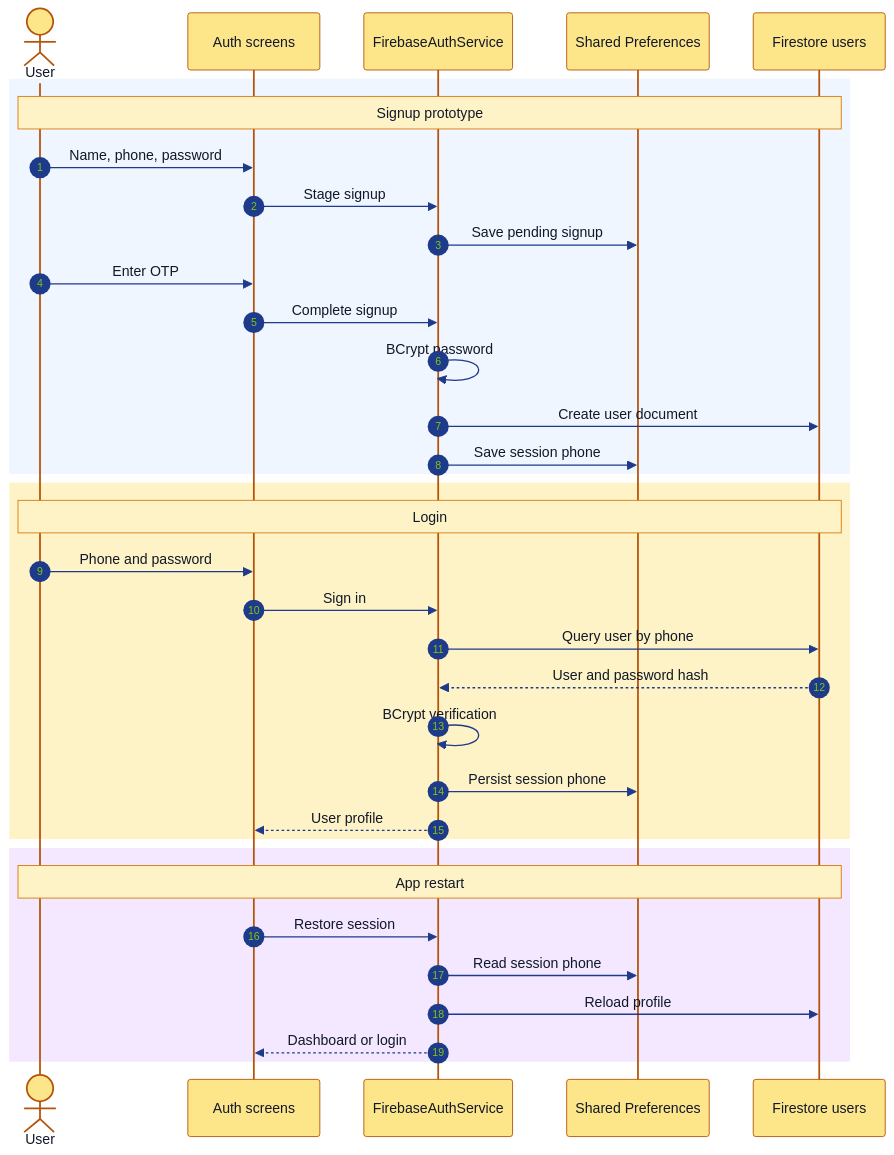
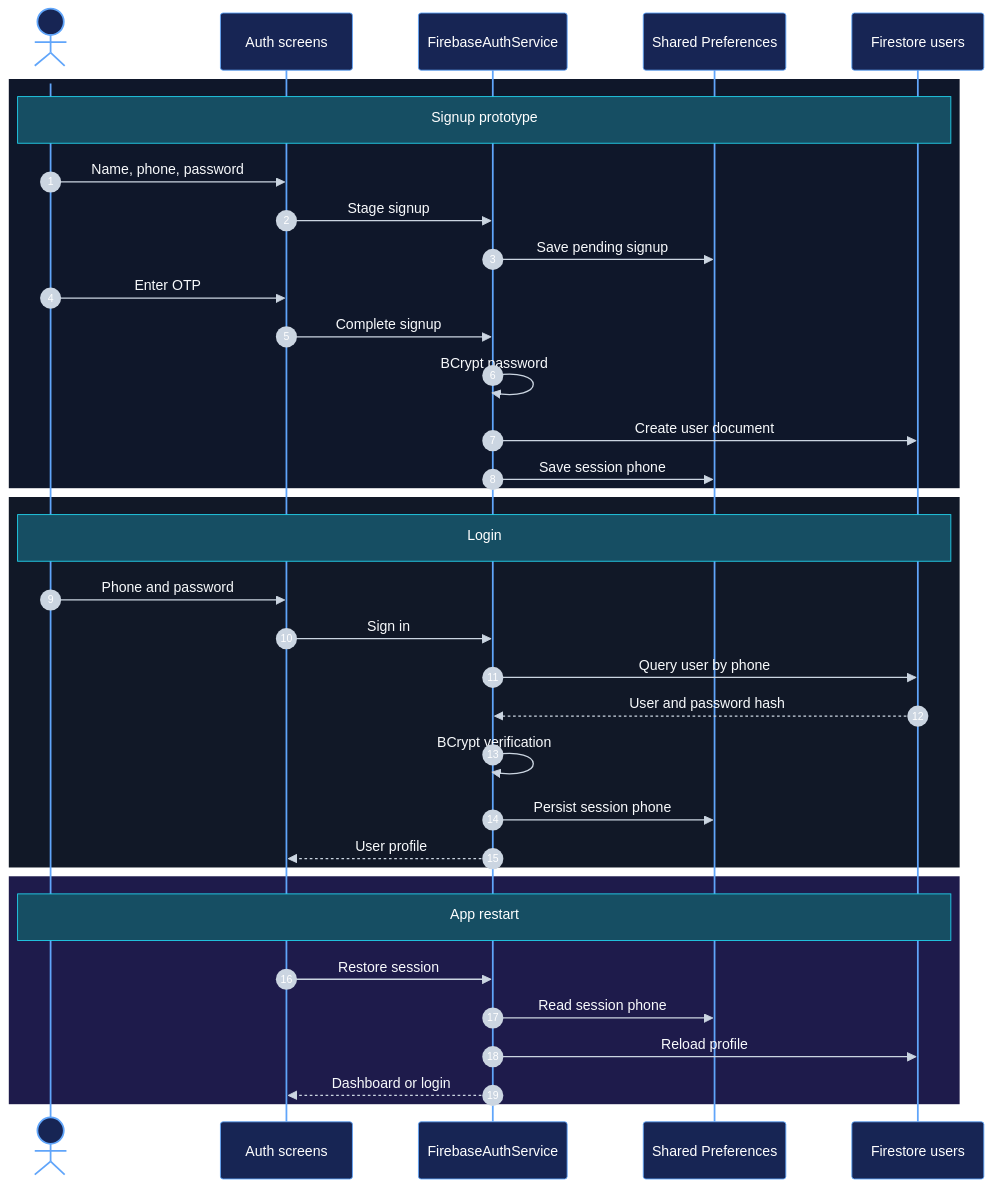
One commit to Rihabz1/Swarnakar changed the fifth of 8 diagrams in README.md. Above: the diagram before and after it, drawn with Mermaid. The commit also changed other lines of this file and 32 other files, not shown here.

```diff
--- a/README.md
+++ b/README.md
@@ -362,41 +379,41 @@
 ~~~mermaid
-%%{init: {"theme":"base","themeVariables":{"darkMode":false,"background":"#FFFFFF","fontSize":"18px","fontFamily":"Arial","textColor":"#111827","primaryColor":"#DBEAFE","primaryTextColor":"#111827","primaryBorderColor":"#1D4ED8","secondaryTextColor":"#111827","tertiaryTextColor":"#111827","lineColor":"#7C3AED","edgeLabelBackground":"#FFFFFF","actorBkg":"#FDE68A","actorBorder":"#B45309","actorTextColor":"#111827","signalColor":"#1E3A8A","signalTextColor":"#111827","labelBoxBkgColor":"#DCFCE7","labelBoxBorderColor":"#15803D","labelTextColor":"#111827","loopTextColor":"#111827","noteBkgColor":"#FEF3C7","noteBorderColor":"#D97706","noteTextColor":"#111827","titleColor":"#111827"}}}%%
+%%{init: {"theme":"base","sequence":{"diagramMarginX":45,"diagramMarginY":25,"actorMargin":75,"messageMargin":48,"noteMargin":18},"themeVariables":{"background":"#0D1117","fontSize":"20px","fontFamily":"Arial","textColor":"#F8FAFC","primaryTextColor":"#F8FAFC","secondaryTextColor":"#F8FAFC","tertiaryTextColor":"#F8FAFC","lineColor":"#94A3B8","actorBkg":"#172554","actorBorder":"#60A5FA","actorTextColor":"#FFFFFF","actorLineColor":"#60A5FA","signalColor":"#CBD5E1","signalTextColor":"#F8FAFC","labelBoxBkgColor":"#4C1D5F","labelBoxBorderColor":"#C084FC","labelTextColor":"#FFFFFF","loopTextColor":"#FFFFFF","noteBkgColor":"#164E63","noteBorderColor":"#22D3EE","noteTextColor":"#FFFFFF","activationBkgColor":"#14532D","activationBorderColor":"#4ADE80","sequenceNumberColor":"#FFFFFF"}}}%%
 sequenceDiagram
     autonumber
     actor User
     participant UI as Auth screens
     participant Service as FirebaseAuthService
     participant Prefs as Shared Preferences
     participant DB as Firestore users
 
-    rect rgb(239, 246, 255)
+    rect rgb(15, 23, 42)
         Note over User,DB: Signup prototype
         User->>UI: Name, phone, password
         UI->>Service: Stage signup
         Service->>Prefs: Save pending signup
         User->>UI: Enter OTP
         UI->>Service: Complete signup
         Service->>Service: BCrypt password
         Service->>DB: Create user document
         Service->>Prefs: Save session phone
     end
 
-    rect rgb(254, 243, 199)
+    rect rgb(17, 24, 39)
         Note over User,DB: Login
         User->>UI: Phone and password
         UI->>Service: Sign in
         Service->>DB: Query user by phone
         DB-->>Service: User and password hash
         Service->>Service: BCrypt verification
         Service->>Prefs: Persist session phone
         Service-->>UI: User profile
     end
 
-    rect rgb(243, 232, 255)
+    rect rgb(30, 27, 75)
         Note over User,DB: App restart
         UI->>Service: Restore session
         Service->>Prefs: Read session phone
         Service->>DB: Reload profile
         Service-->>UI: Dashboard or login
     end
 ~~~
```
